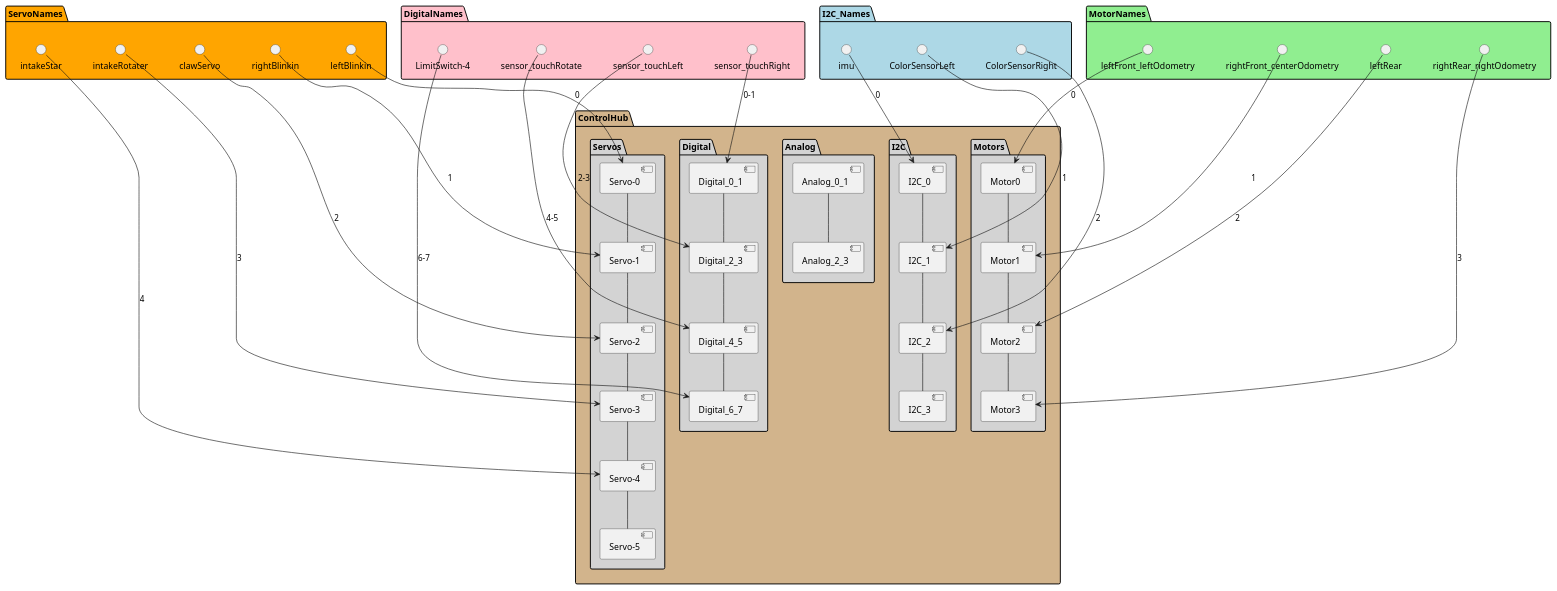
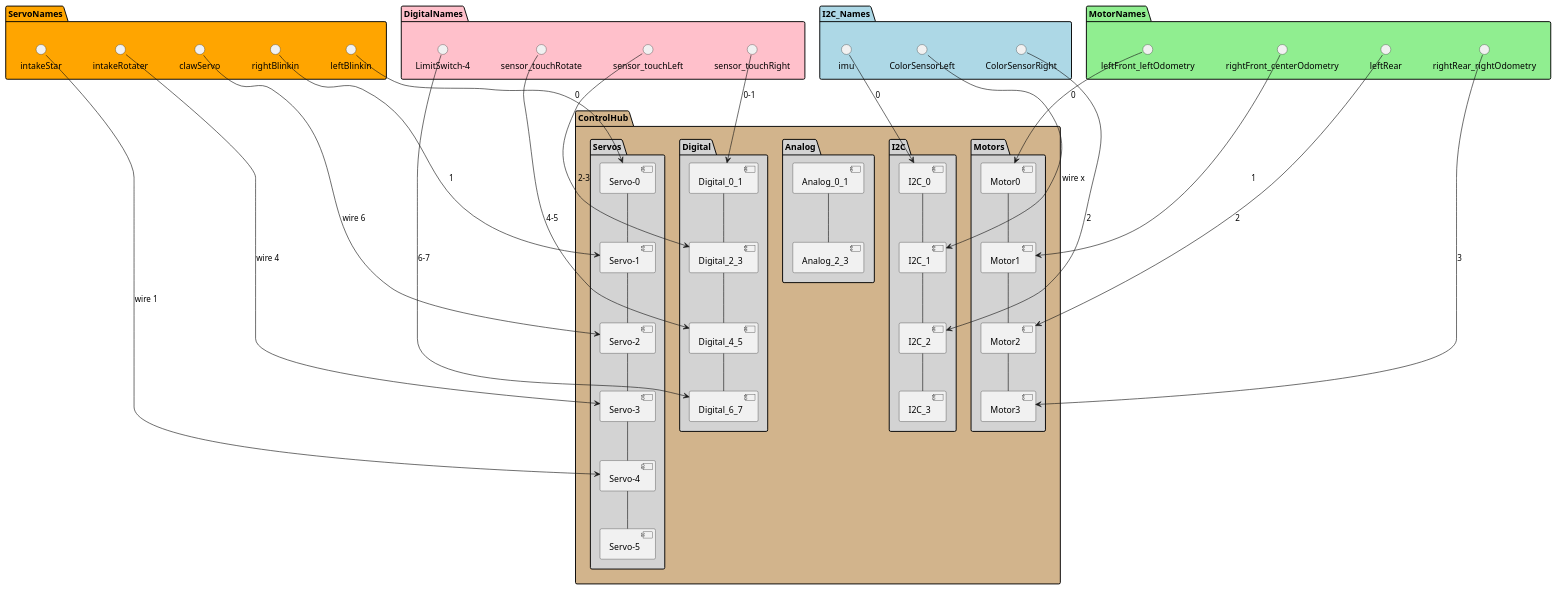
The diagram in TeamCode/src/main/java/org/firstinspires/ftc/teamcode/Geronimo/Diagrams/Configuration_ControlHub.puml (ShearForce-Software/ShearForce-Into-the-Deep-10.0), drawn with PlantUML before and after one commit.

Commit message:
Jared: updated config control hub diagram

```diff
--- a/TeamCode/src/main/java/org/firstinspires/ftc/teamcode/Geronimo/Diagrams/Configuration_ControlHub.puml
+++ b/TeamCode/src/main/java/org/firstinspires/ftc/teamcode/Geronimo/Diagrams/Configuration_ControlHub.puml
@@ -1,66 +1,66 @@
 @startuml
 
 
 package ControlHub #Tan {
   package Motors #LightGrey {
     [Motor0] -- [Motor1]
     [Motor1] -- [Motor2]
     [Motor2] -- [Motor3]
   }
 
   package Servos #LightGrey {
    [Servo-0] -- [Servo-1]
    [Servo-1] -- [Servo-2]
    [Servo-2] -- [Servo-3]
    [Servo-3] -- [Servo-4]
    [Servo-4] -- [Servo-5]
   }
 
   package Analog #LightGrey {
    [Analog_0_1] -- [Analog_2_3]
   }
 
   package Digital #LightGrey {
    [Digital_0_1] -- [Digital_2_3]
    [Digital_2_3] -- [Digital_4_5]
    [Digital_4_5] -- [Digital_6_7]
   }
 
   package I2C #LightGrey {
    [I2C_0] -- [I2C_1]
    [I2C_1] -- [I2C_2]
    [I2C_2] -- [I2C_3]
 
   }
 }
 
 package MotorNames #LightGreen {
   () "leftFront_leftOdometry" --> [Motor0] : 0
   () "rightFront_centerOdometry" --> [Motor1] : 1
   () "leftRear" --> [Motor2] : 2
   () "rightRear_rightOdometry" --> [Motor3] : 3
 }
 
 package ServoNames #Orange {
   () "leftBlinkin" --> [Servo-0] : 0
   () "rightBlinkin" --> [Servo-1] : 1
-  () "clawServo" --> [Servo-2] : 2
-  () "intakeRotater" --> [Servo-3] : 3
-  () "intakeStar" --> [Servo-4] : 4
+  () "clawServo" --> [Servo-2] : wire 6
+  () "intakeRotater" --> [Servo-3] : wire 4
+  () "intakeStar" --> [Servo-4] : wire 1
 }
 
 package DigitalNames #Pink {
   () "sensor_touchRight" --> [Digital_0_1] : 0-1
   () "sensor_touchLeft" --> [Digital_2_3] : 2-3
   () "sensor_touchRotate" --> [Digital_4_5] : 4-5
   () "LimitSwitch-4" --> [Digital_6_7] : 6-7
 }
 
 package I2C_Names #LightBlue {
   () "imu" --> [I2C_0] : 0
-  () "ColorSensorLeft" --> [I2C_1] : 1
+  () "ColorSensorLeft" --> [I2C_1] : wire x
   () "ColorSensorRight" --> [I2C_2] : 2
 
 }
 
 @enduml
```
